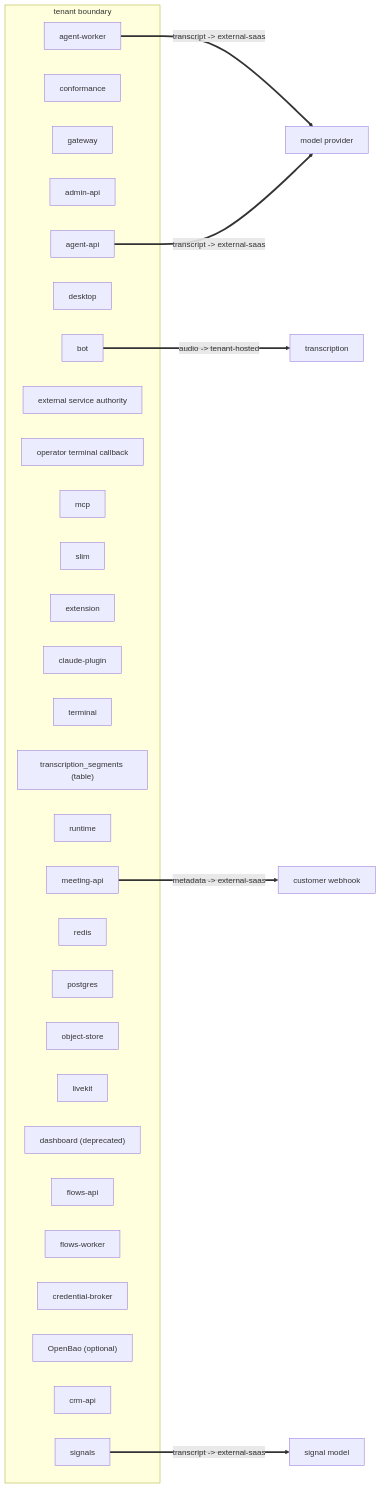
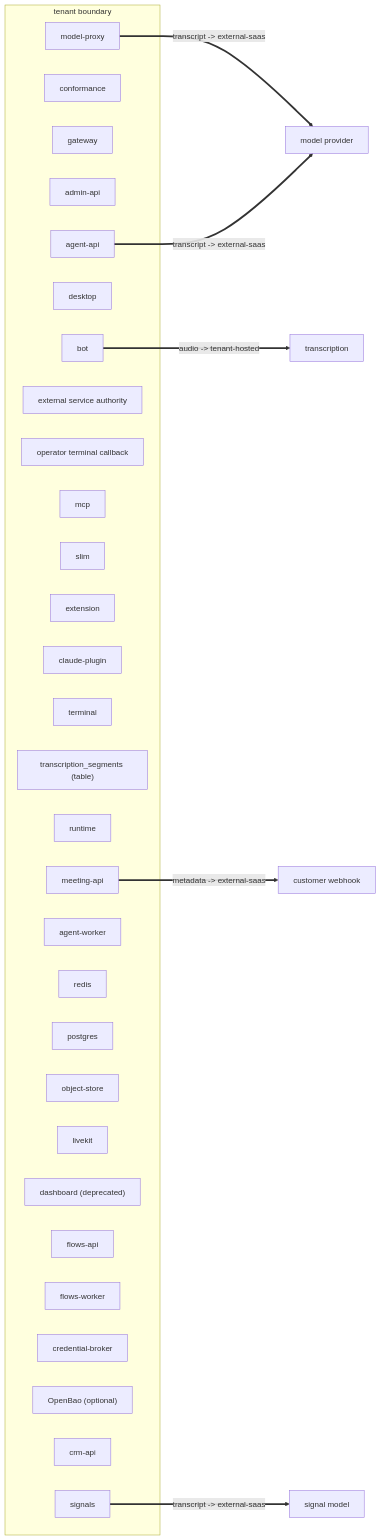
Before and after one commit to Vexa-ai/vexa: the diagram in docs/views/egress.mmd, drawn with Mermaid. The commit also changed 53 other files, not shown here.

```diff
--- a/docs/views/egress.mmd
+++ b/docs/views/egress.mmd
@@ -1,41 +1,42 @@
 %% GENERATED — pnpm arch:dsl --write
 flowchart LR
   subgraph tenant["tenant boundary"]
     agent_api["agent-api"]
     conformance["conformance"]
     gateway["gateway"]
     admin_api["admin-api"]
     bot["bot"]
     desktop["desktop"]
     meeting_api["meeting-api"]
     service_authority["external service authority"]
     system_webhook["operator terminal callback"]
     mcp["mcp"]
     slim["slim"]
     extension["extension"]
     claude_plugin["claude-plugin"]
     terminal["terminal"]
     segments_table["transcription_segments (table)"]
     runtime["runtime"]
+    model_proxy["model-proxy"]
     agent_worker["agent-worker"]
     redis["redis"]
     postgres["postgres"]
     object_store["object-store"]
     livekit["livekit"]
     dashboard["dashboard (deprecated)"]
     flows_api["flows-api"]
     flows_worker["flows-worker"]
     credentials_broker["credential-broker"]
     credentials_vault["OpenBao (optional)"]
     crm_api["crm-api"]
     signals_service["signals"]
   end
   transcription["transcription"]
   bot ==>|"audio -> tenant-hosted"| transcription
   signal_model["signal model"]
   signals_service ==>|"transcript -> external-saas"| signal_model
   model_provider["model provider"]
-  agent_worker ==>|"transcript -> external-saas"| model_provider
+  model_proxy ==>|"transcript -> external-saas"| model_provider
   agent_api ==>|"transcript -> external-saas"| model_provider
   customer_webhook["customer webhook"]
   meeting_api ==>|"metadata -> external-saas"| customer_webhook
```
